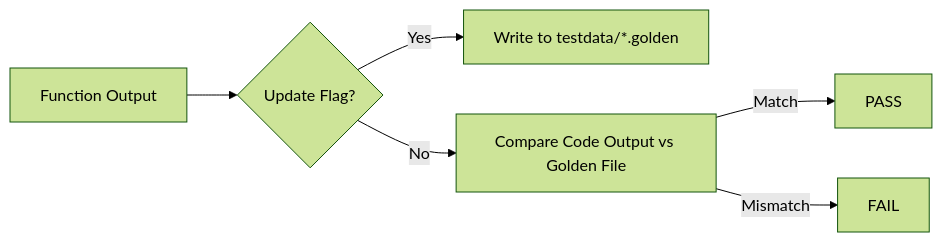
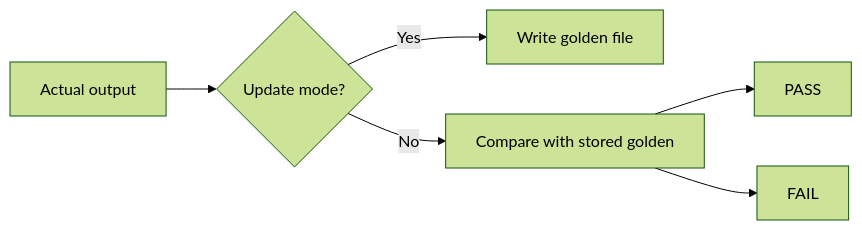
The diagram in RAK-03-evolution/SR-02-testing-quality/BK-01-unit-testing/CH-03-golden-files/README.md (syahputrawork98-sketch/Golang-Knowledge-Base), drawn with Mermaid (forest theme) before and after one commit. The commit also changed other lines of this file and 61 other files, not shown here.

````diff
--- a/RAK-03-evolution/SR-02-testing-quality/BK-01-unit-testing/CH-03-golden-files/README.md
+++ b/RAK-03-evolution/SR-02-testing-quality/BK-01-unit-testing/CH-03-golden-files/README.md
@@ -35,8 +33,8 @@
 ```mermaid
 graph LR
-    Code[Function Output] --> Check{Update Flag?}
-    Check -->|Yes| Save[Write to testdata/*.golden]
-    Check -->|No| Compare[Compare Code Output vs Golden File]
-    Compare -->|Match| Pass[PASS]
-    Compare -->|Mismatch| Fail[FAIL]
+    Output[Actual output] --> Check{Update mode?}
+    Check -->|Yes| Save[Write golden file]
+    Check -->|No| Compare[Compare with stored golden]
+    Compare --> Pass[PASS]
+    Compare --> Fail[FAIL]
 ```
````
